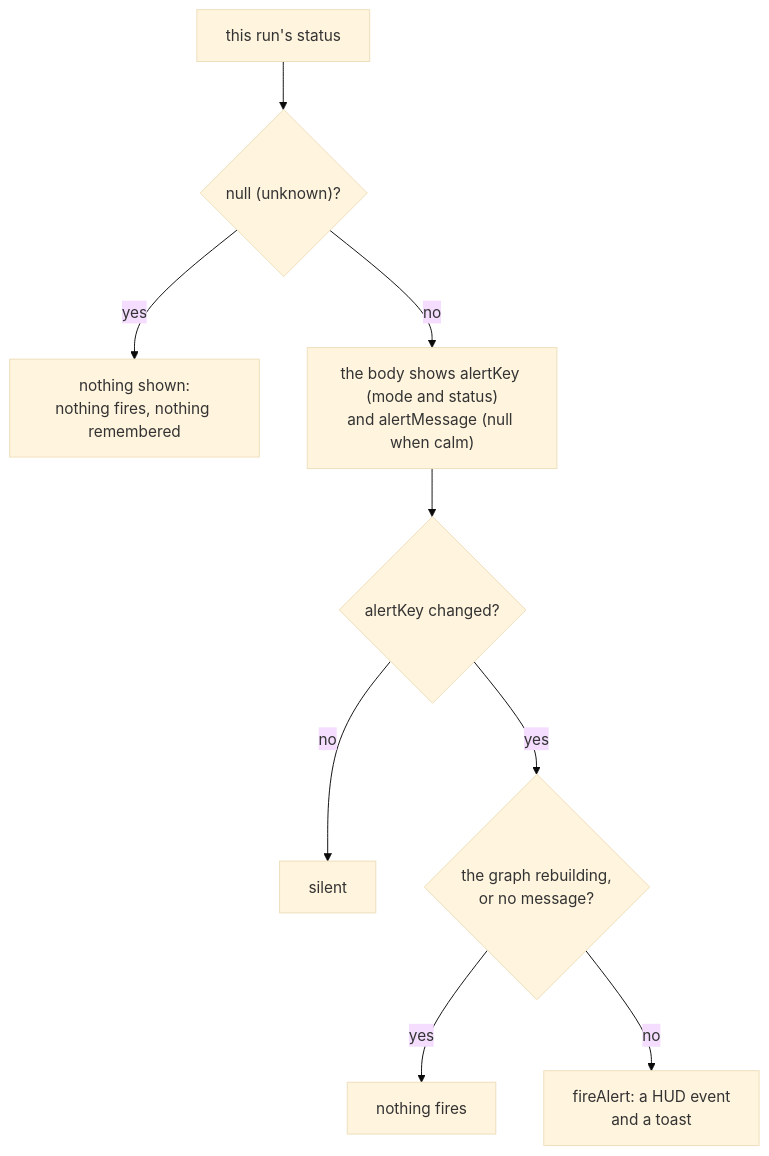
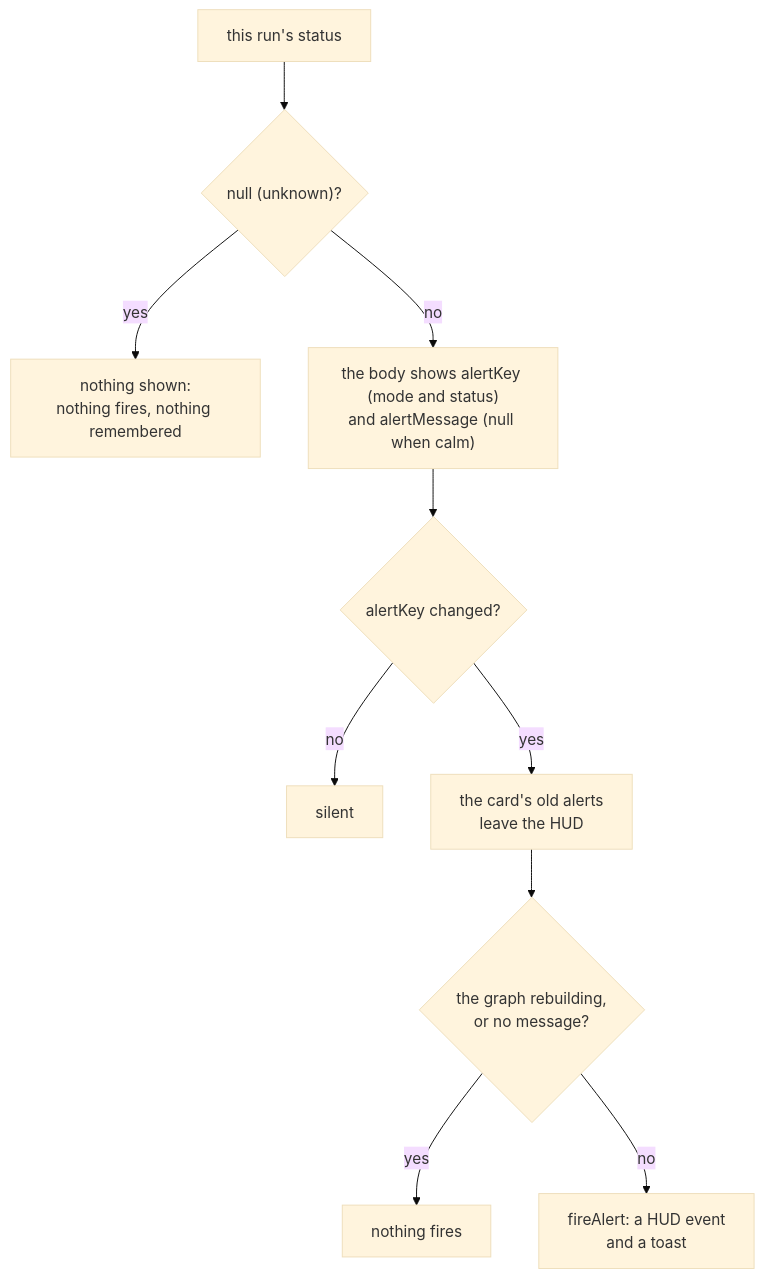
Before and after one commit to bubba8587/solenoid: the diagram in tree/specs/computation/alert-node-alerts-hud.md, drawn with Mermaid (base theme). The commit also changed other lines of this file and 8 other files, not shown here.

First line of the commit message:
Alerts clear themselves when their card's status changes; Clear All on a right-click

````diff
--- a/tree/specs/computation/alert-node-alerts-hud.md
+++ b/tree/specs/computation/alert-node-alerts-hud.md
@@ -58,11 +58,12 @@
 ```mermaid
 flowchart TD
     s["this run's status"] --> nul{"null (unknown)?"}
     nul -->|yes| skip["nothing shown:<br>nothing fires, nothing remembered"]
     nul -->|no| show["the body shows alertKey (mode and status)<br>and alertMessage (null when calm)"]
     show --> chg{"alertKey changed?"}
     chg -->|no| calm["silent"]
-    chg -->|yes| rb{"the graph rebuilding,<br>or no message?"}
+    chg -->|yes| drop["the card's old alerts<br>leave the HUD"]
+    drop --> rb{"the graph rebuilding,<br>or no message?"}
     rb -->|yes| quiet["nothing fires"]
     rb -->|no| f["fireAlert: a HUD event<br>and a toast"]
 ```
````
